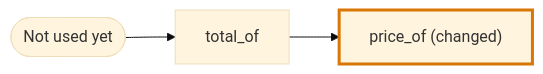
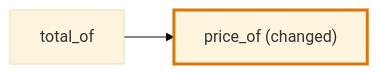
One commit to kidlat-dakila/flight-plan changed the fourth of 4 diagrams in docs/vocabulary/codegraph/languages/python.md. Above: the diagram before and after it, drawn with Mermaid (base theme). The commit also changed other lines of this file and 207 other files, not shown here.

First line of the commit message:
feat: Refactor journey flow diagrams and written parts handling

````diff
--- a/docs/vocabulary/codegraph/languages/python.md
+++ b/docs/vocabulary/codegraph/languages/python.md
@@ -210,5 +207,5 @@
 ```mermaid
 flowchart LR
-  entry(["Not used yet"]) --> totalOf["total_of"] --> priceOf["price_of (changed)"]:::changed
+  totalOf["total_of"] --> priceOf["price_of (changed)"]:::changed
   classDef changed stroke:#d97706,stroke-width:3px
 ```
````
